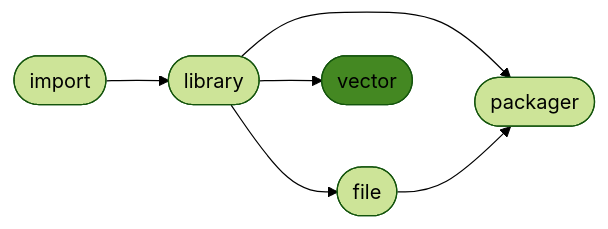
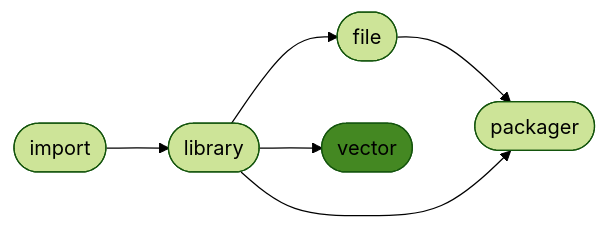
Before and after one commit to ManderaGeneral/generalvector: the diagram in README.md, drawn with Mermaid (forest theme). The commit also changed other lines of this file, not shown here.

````diff
--- a/README.md
+++ b/README.md
@@ -16,14 +16,14 @@
 ```mermaid
 flowchart LR
+2([file]) --> 4([packager])
+0([import]) --> 1([library])
+1([library]) --> 2([file])
+1([library]) --> 3([vector])
 1([library]) --> 4([packager])
-1([library]) --> 2([file])
-0([import]) --> 1([library])
-2([file]) --> 4([packager])
-1([library]) --> 3([vector])
 click 0 "https://github.com/ManderaGeneral/generalimport"
 click 1 "https://github.com/ManderaGeneral/generallibrary"
 click 2 "https://github.com/ManderaGeneral/generalfile"
 click 3 "https://github.com/ManderaGeneral/generalvector"
 click 4 "https://github.com/ManderaGeneral/generalpackager"
 style 3 fill:#482
 ```
````
